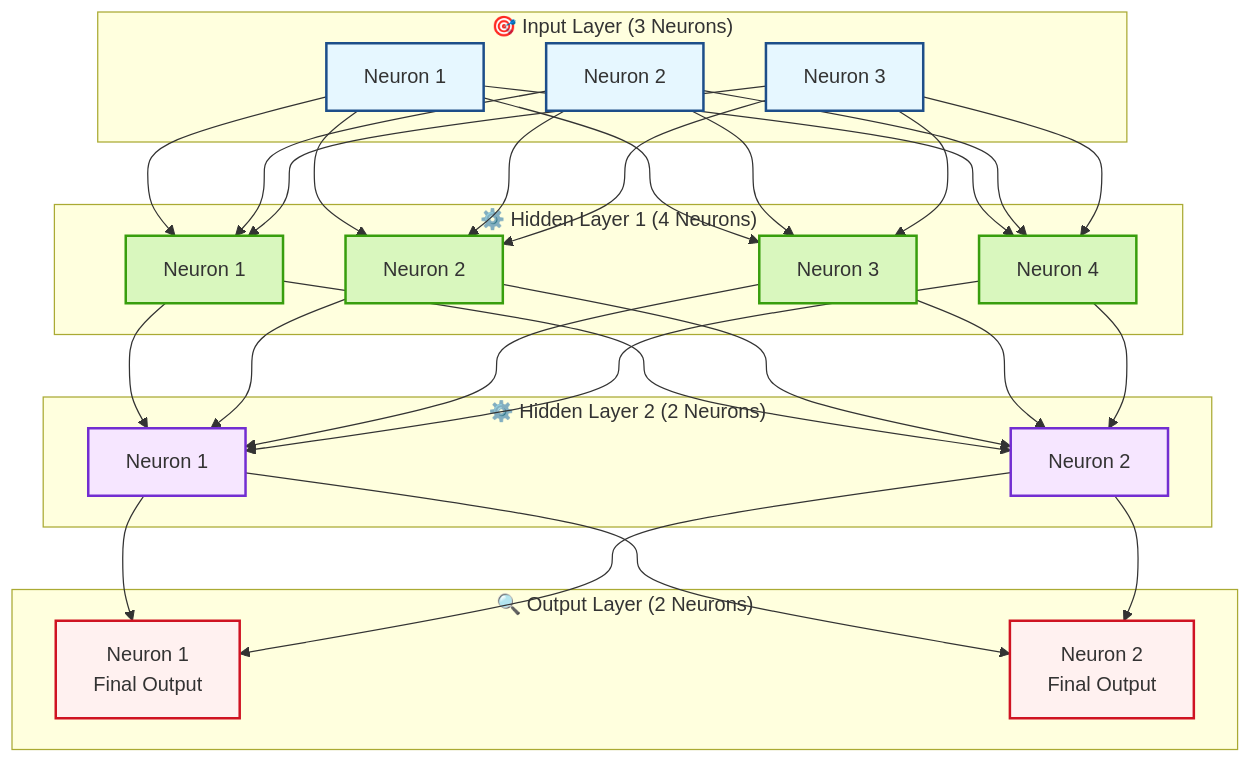
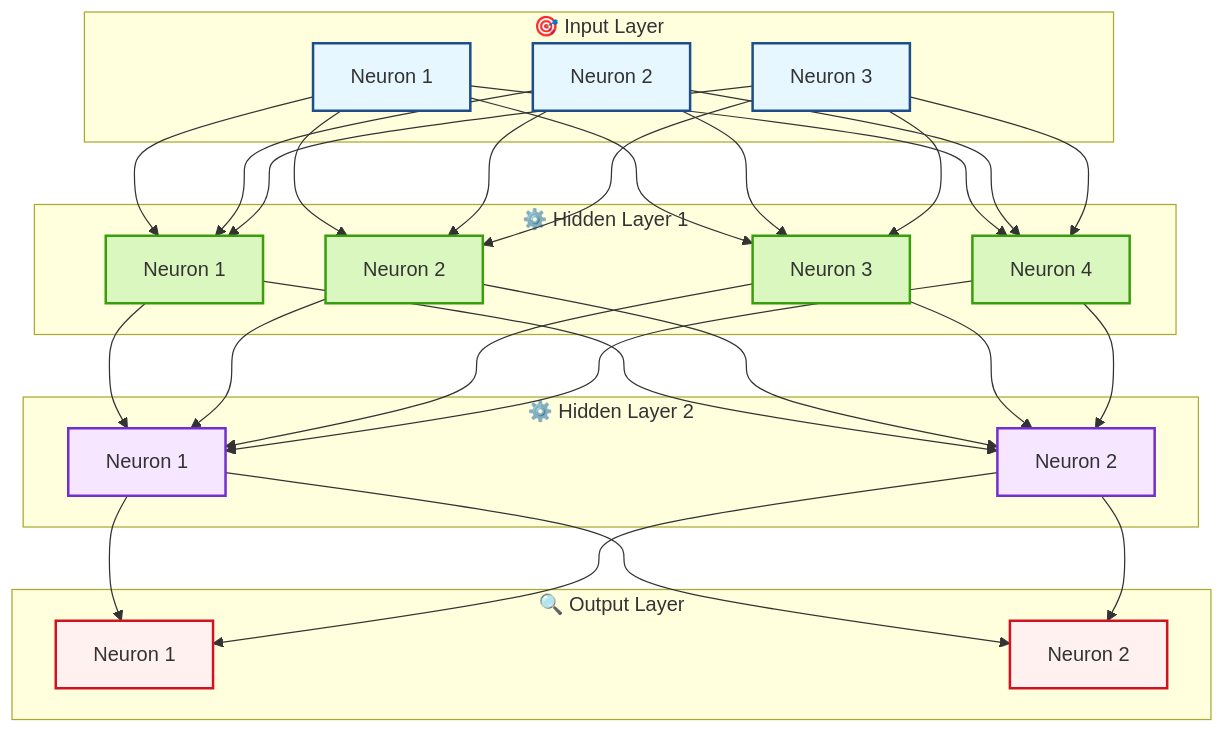
Before and after one commit to SermetPekin/micrograd: the diagram in README.md, drawn with Mermaid.

````diff
--- a/README.md
+++ b/README.md
@@ -60,72 +60,72 @@
 ```mermaid
 graph TD
     %% Styling for Neurons %%
     classDef inputNeuron fill:#e6f7ff,stroke:#1d4e89,stroke-width:2px
     classDef hiddenNeuron1 fill:#d9f7be,stroke:#389e0d,stroke-width:2px
     classDef hiddenNeuron2 fill:#f6e6ff,stroke:#722ed1,stroke-width:2px
     classDef outputNeuron fill:#fff1f0,stroke:#cf1322,stroke-width:2px
 
     %% Input Layer %%
-    subgraph InputLayer ["🎯 Input Layer (3 Neurons)"]
+    subgraph InputLayer ["🎯 Input Layer"]
         InputNeuron1["Neuron 1"]:::inputNeuron
         InputNeuron2["Neuron 2"]:::inputNeuron
         InputNeuron3["Neuron 3"]:::inputNeuron
     end
 
     %% Hidden Layer 1 %%
-    subgraph HiddenLayer1 ["⚙️ Hidden Layer 1 (4 Neurons)"]
+    subgraph HiddenLayer1 ["⚙️ Hidden Layer 1"]
         HiddenNeuron1_1["Neuron 1"]:::hiddenNeuron1
         HiddenNeuron1_2["Neuron 2"]:::hiddenNeuron1
         HiddenNeuron1_3["Neuron 3"]:::hiddenNeuron1
         HiddenNeuron1_4["Neuron 4"]:::hiddenNeuron1
     end
 
     %% Hidden Layer 2 %%
-    subgraph HiddenLayer2 ["⚙️ Hidden Layer 2 (2 Neurons)"]
+    subgraph HiddenLayer2 ["⚙️ Hidden Layer 2"]
         HiddenNeuron2_1["Neuron 1"]:::hiddenNeuron2
         HiddenNeuron2_2["Neuron 2"]:::hiddenNeuron2
     end
 
     %% Output Layer %%
-    subgraph OutputLayer ["🔍 Output Layer (2 Neurons)"]
-        OutputNeuron1["Neuron 1<br>Final Output"]:::outputNeuron
-        OutputNeuron2["Neuron 2<br>Final Output"]:::outputNeuron
+    subgraph OutputLayer ["🔍 Output Layer"]
+        OutputNeuron1["Neuron 1"]:::outputNeuron
+        OutputNeuron2["Neuron 2"]:::outputNeuron
     end
 
     %% Connections Between Layers %%
     %% Input Layer to Hidden Layer 1 %%
     InputNeuron1 --> HiddenNeuron1_1
     InputNeuron1 --> HiddenNeuron1_2
     InputNeuron1 --> HiddenNeuron1_3
     InputNeuron1 --> HiddenNeuron1_4
 
     InputNeuron2 --> HiddenNeuron1_1
     InputNeuron2 --> HiddenNeuron1_2
     InputNeuron2 --> HiddenNeuron1_3
     InputNeuron2 --> HiddenNeuron1_4
 
     InputNeuron3 --> HiddenNeuron1_1
     InputNeuron3 --> HiddenNeuron1_2
     InputNeuron3 --> HiddenNeuron1_3
     InputNeuron3 --> HiddenNeuron1_4
 
     %% Hidden Layer 1 to Hidden Layer 2 %%
     HiddenNeuron1_1 --> HiddenNeuron2_1
     HiddenNeuron1_1 --> HiddenNeuron2_2
 
     HiddenNeuron1_2 --> HiddenNeuron2_1
     HiddenNeuron1_2 --> HiddenNeuron2_2
 
     HiddenNeuron1_3 --> HiddenNeuron2_1
     HiddenNeuron1_3 --> HiddenNeuron2_2
 
     HiddenNeuron1_4 --> HiddenNeuron2_1
     HiddenNeuron1_4 --> HiddenNeuron2_2
 
     %% Hidden Layer 2 to Output Layer %%
     HiddenNeuron2_1 --> OutputNeuron1
     HiddenNeuron2_1 --> OutputNeuron2
 
     HiddenNeuron2_2 --> OutputNeuron1
     HiddenNeuron2_2 --> OutputNeuron2
 ```
````
